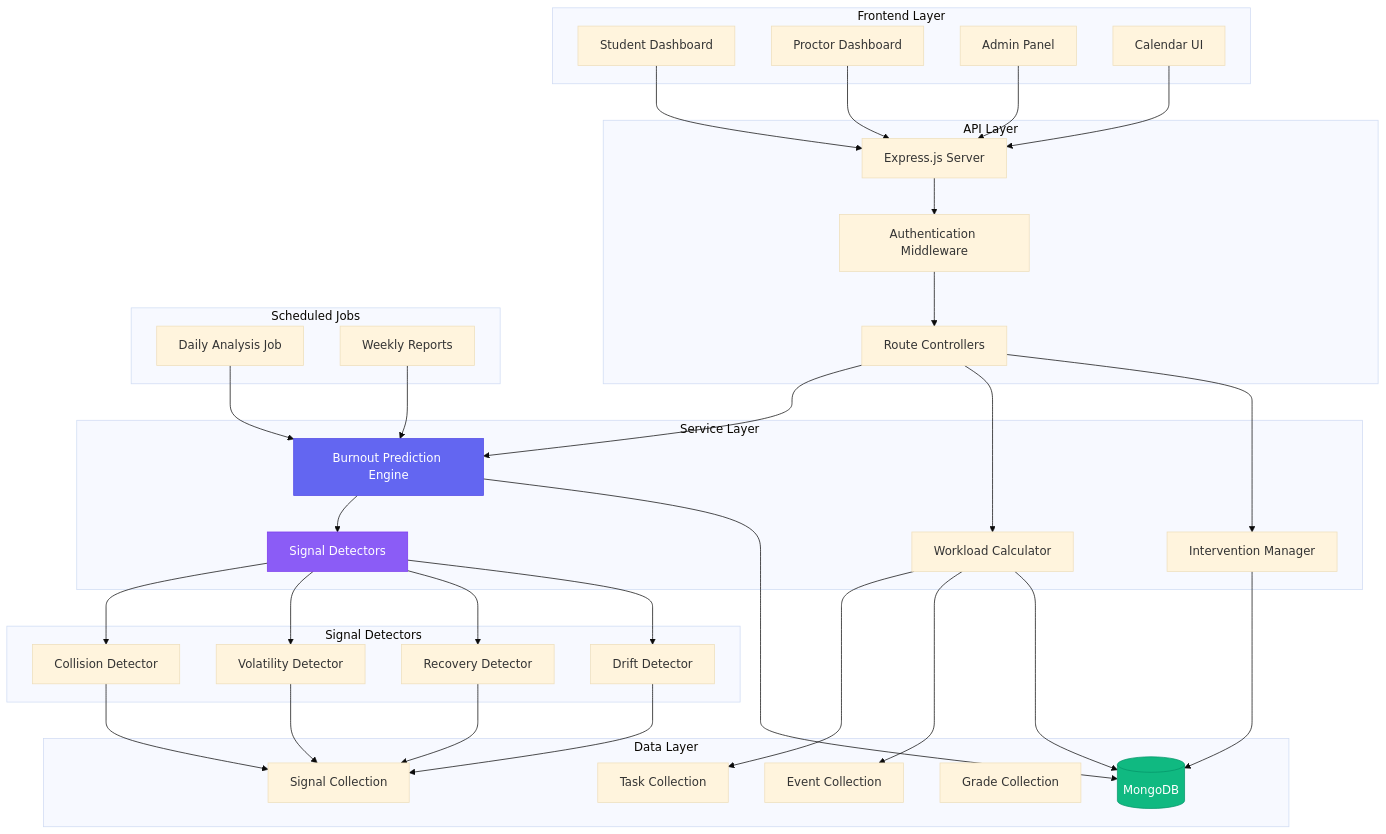
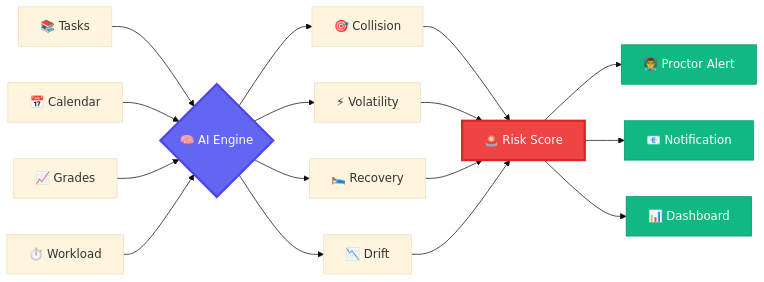
Before and after one commit to SiddharthKumar268/Silent-Overload: the first of 20 diagrams in README.md, drawn with Mermaid (base theme). The commit also changed other lines of this file, not shown here.

````diff
--- a/README.md
+++ b/README.md
@@ -122,79 +41,27 @@
 ```mermaid
-graph TB
-    subgraph "Frontend Layer"
-        A[Student Dashboard] 
-        B[Proctor Dashboard]
-        C[Admin Panel]
-        D[Calendar UI]
-    end
+graph LR
+    A[📚 Tasks] --> E{🧠 AI Engine}
+    B[📅 Calendar] --> E
+    C[📈 Grades] --> E
+    D[⏱️ Workload] --> E
     
-    subgraph "API Layer"
-        E[Express.js Server]
-        F[Authentication Middleware]
-        G[Route Controllers]
-    end
+    E --> F[🎯 Collision]
+    E --> G[⚡ Volatility]
+    E --> H[🛌 Recovery]
+    E --> I[📉 Drift]
     
-    subgraph "Service Layer"
-        H[Burnout Prediction Engine]
-        I[Workload Calculator]
-        J[Signal Detectors]
-        K[Intervention Manager]
-    end
+    F --> J[🚨 Risk Score]
+    G --> J
+    H --> J
+    I --> J
     
-    subgraph "Signal Detectors"
-        J1[Collision Detector]
-        J2[Volatility Detector]
-        J3[Recovery Detector]
-        J4[Drift Detector]
-    end
+    J --> K[👨‍🏫 Proctor Alert]
+    J --> L[📧 Notification]
+    J --> M[📊 Dashboard]
     
-    subgraph "Data Layer"
-        L[(MongoDB)]
-        M[Task Collection]
-        N[Event Collection]
-        O[Grade Collection]
-        P[Signal Collection]
-    end
-    
-    subgraph "Scheduled Jobs"
-        Q[Daily Analysis Job]
-        R[Weekly Reports]
-    end
-    
-    A --> E
-    B --> E
-    C --> E
-    D --> E
-    
-    E --> F
-    F --> G
-    
-    G --> H
-    G --> I
-    G --> K
-    
-    H --> J
-    I --> M
-    I --> N
-    
-    J --> J1
-    J --> J2
-    J --> J3
-    J --> J4
-    
-    J1 --> P
-    J2 --> P
-    J3 --> P
-    J4 --> P
-    
-    H --> L
-    I --> L
-    K --> L
-    
-    Q --> H
-    R --> H
-    
-    style H fill:#6366f1,stroke:#4f46e5,color:#fff
-    style J fill:#8b5cf6,stroke:#7c3aed,color:#fff
+    style E fill:#6366f1,stroke:#4f46e5,color:#fff,stroke-width:3px
+    style J fill:#ef4444,stroke:#dc2626,color:#fff,stroke-width:3px
+    style K fill:#10b981,stroke:#059669,color:#fff
     style L fill:#10b981,stroke:#059669,color:#fff
+    style M fill:#10b981,stroke:#059669,color:#fff
 ```
````
